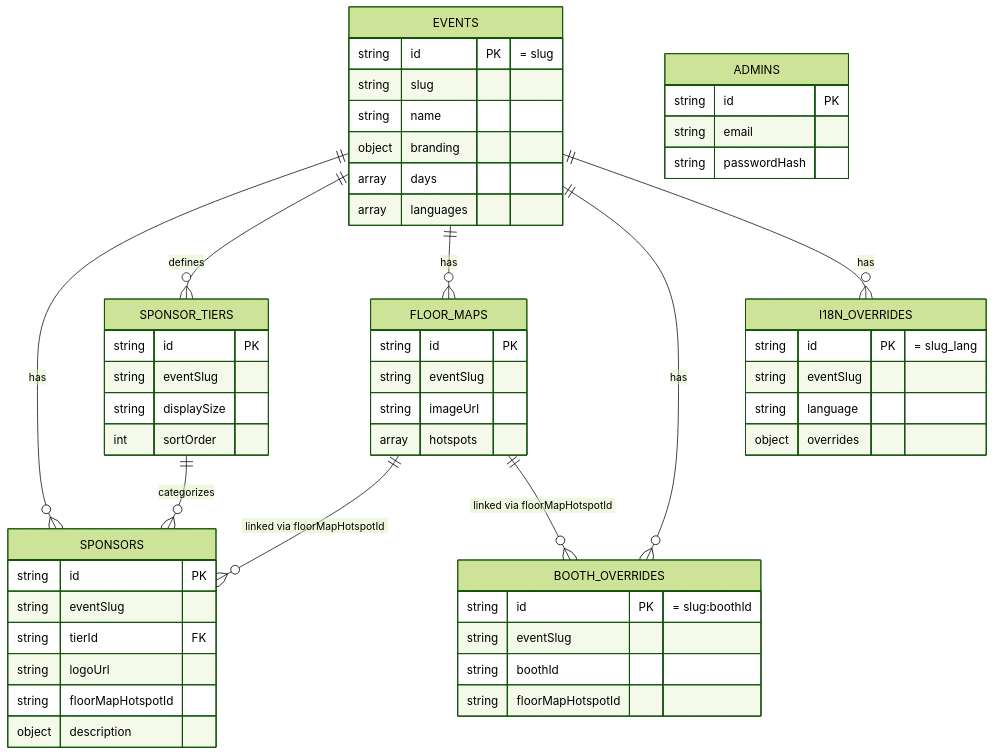
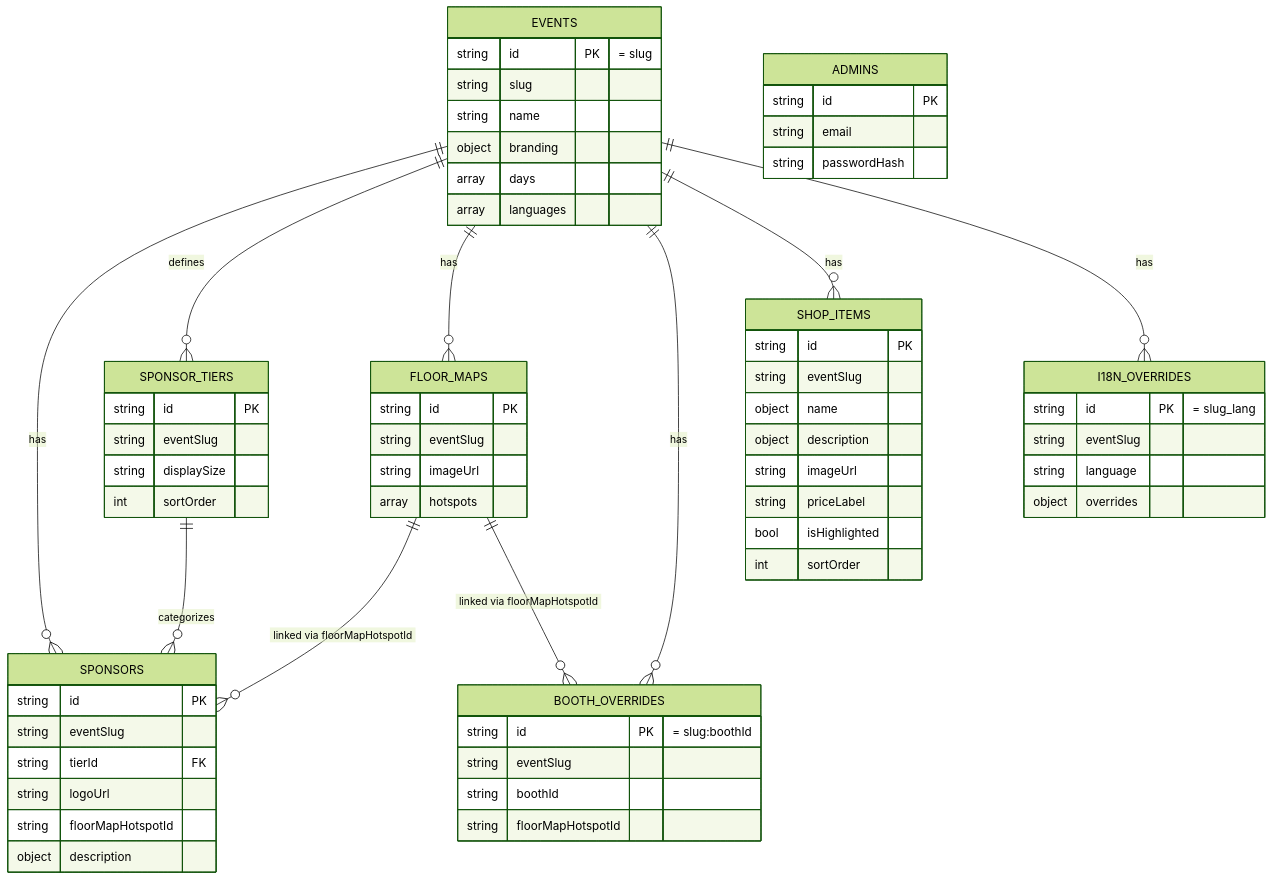
The fourth of 4 diagrams in docs/architecture.md (expertslive/ziggy), drawn with Mermaid (forest theme) before and after one commit. The commit also changed other lines of this file and 18 other files, not shown here.

````diff
--- a/docs/architecture.md
+++ b/docs/architecture.md
@@ -141,57 +150,68 @@
 ```mermaid
 erDiagram
     EVENTS {
         string id PK "= slug"
         string slug
         string name
         object branding
         array days
         array languages
     }
     SPONSORS {
         string id PK
         string eventSlug
         string tierId FK
         string logoUrl
         string floorMapHotspotId
         object description
     }
     SPONSOR_TIERS {
         string id PK
         string eventSlug
         string displaySize
         int sortOrder
     }
     FLOOR_MAPS {
         string id PK
         string eventSlug
         string imageUrl
         array hotspots
     }
     BOOTH_OVERRIDES {
         string id PK "= slug:boothId"
         string eventSlug
         string boothId
         string floorMapHotspotId
     }
+    SHOP_ITEMS {
+        string id PK
+        string eventSlug
+        object name
+        object description
+        string imageUrl
+        string priceLabel
+        bool isHighlighted
+        int sortOrder
+    }
     I18N_OVERRIDES {
         string id PK "= slug_lang"
         string eventSlug
         string language
         object overrides
     }
     ADMINS {
         string id PK
         string email
         string passwordHash
     }
 
     EVENTS ||--o{ SPONSORS : has
     EVENTS ||--o{ SPONSOR_TIERS : defines
     EVENTS ||--o{ FLOOR_MAPS : has
     EVENTS ||--o{ BOOTH_OVERRIDES : has
+    EVENTS ||--o{ SHOP_ITEMS : has
     EVENTS ||--o{ I18N_OVERRIDES : has
     SPONSOR_TIERS ||--o{ SPONSORS : categorizes
     FLOOR_MAPS ||--o{ SPONSORS : "linked via floorMapHotspotId"
     FLOOR_MAPS ||--o{ BOOTH_OVERRIDES : "linked via floorMapHotspotId"
 ```
````
